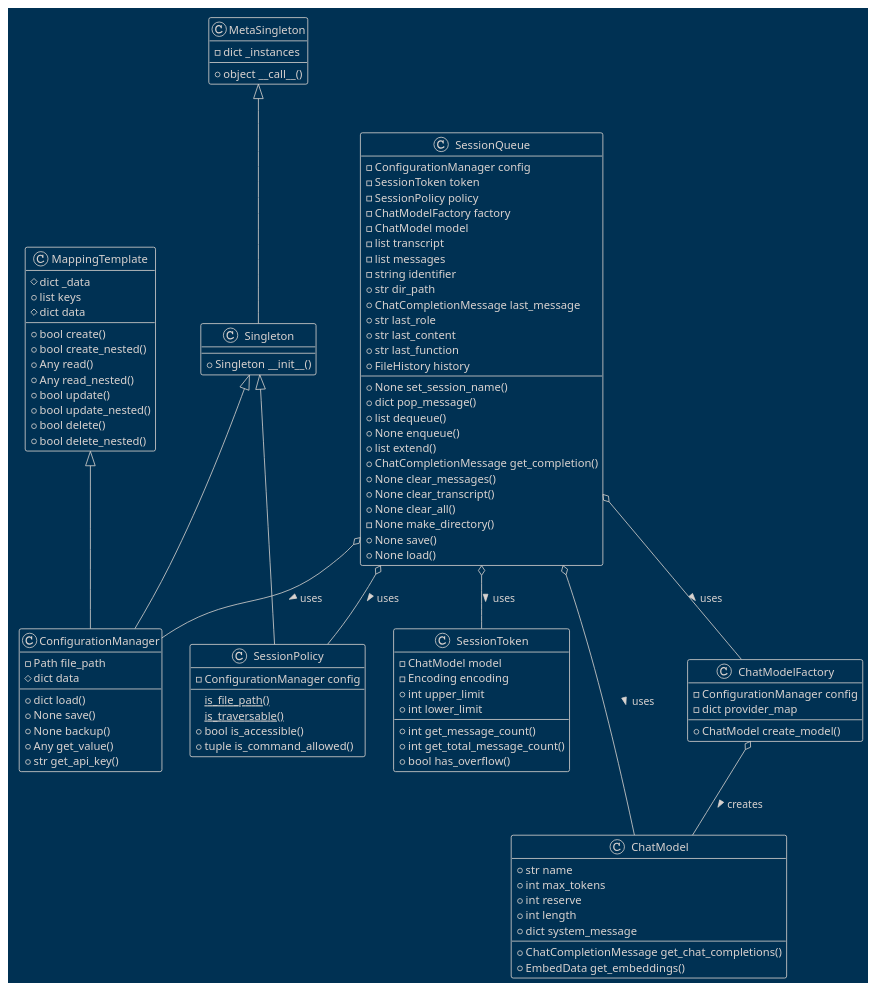
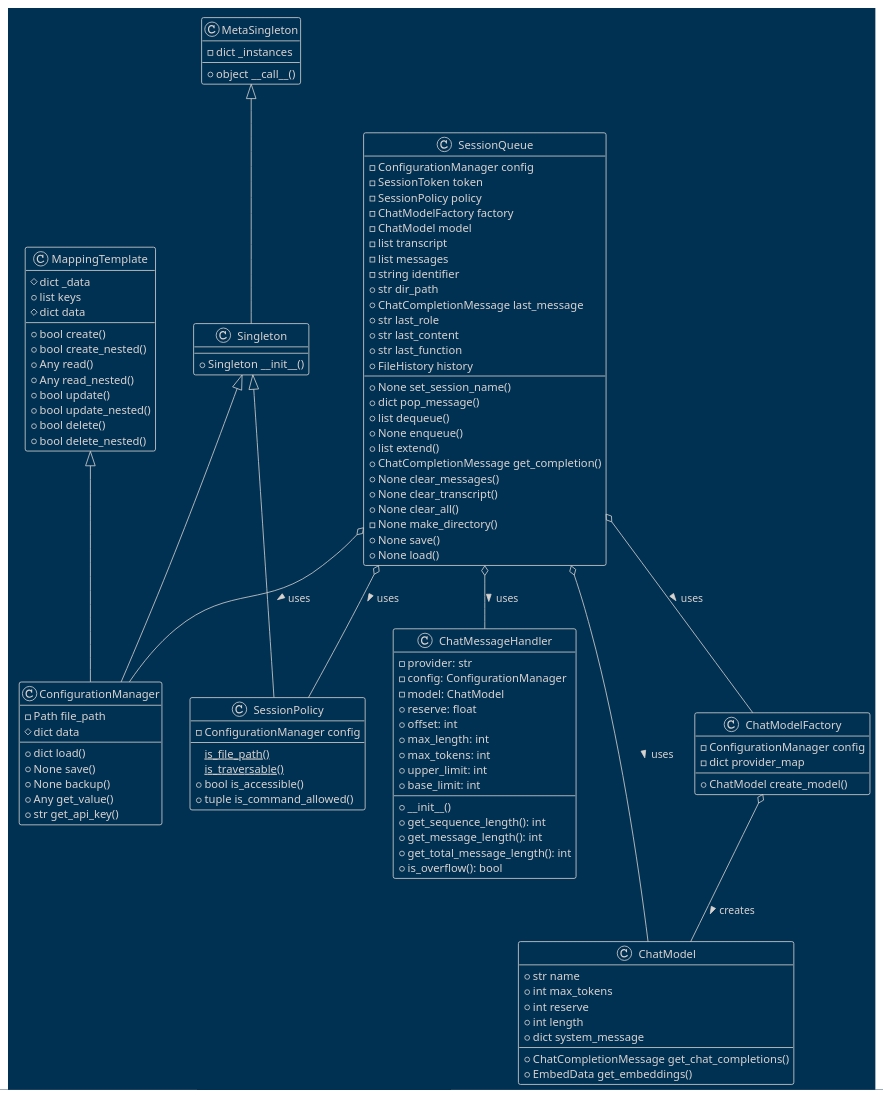
One commit to teleprint-me/py.gpt.prompt changed the diagram in docs/diagrams/plantuml/session_queue.puml. Above: the diagram before and after it, drawn with PlantUML. The commit also changed 2 other files, not shown here.

Commit message:
refactor: ChatMessageHandler class and add docstrings
- Renamed SessionToken to ChatMessageHandler for better clarity.
- Added docstrings to the class constructor and properties.
- Documented the purpose and arguments of each method.
- Updated UML diagram to reflect the changes.

```diff
--- a/docs/diagrams/plantuml/session_queue.puml
+++ b/docs/diagrams/plantuml/session_queue.puml
@@ -1,110 +1,117 @@
 @startuml SessionQueue
 !theme blueprint
 
 ' docs/diagrams/plantuml/session_queue.puml
 
 class SessionQueue {
   - ConfigurationManager config
   - SessionToken token
   - SessionPolicy policy
   - ChatModelFactory factory
   - ChatModel model
   - list transcript
   - list messages
   - string identifier
   + str dir_path
   + ChatCompletionMessage last_message
   + str last_role
   + str last_content
   + str last_function
   + FileHistory history
   + None set_session_name()
   + dict pop_message()
   + list dequeue()
   + None enqueue()
   + list extend()
   + ChatCompletionMessage get_completion()
   + None clear_messages()
   + None clear_transcript()
   + None clear_all()
   - None make_directory()
   + None save()
   + None load()
 }
 
 class MetaSingleton {
     - dict _instances
     + object __call__()
 }
 
 class Singleton extends MetaSingleton {
   + Singleton __init__()
 }
 
 class MappingTemplate {
   # dict _data
   + list keys
   # dict data
   + bool create()
   + bool create_nested()
   + Any read()
   + Any read_nested()
   + bool update()
   + bool update_nested()
   + bool delete()
   + bool delete_nested()
 }
 
 class ConfigurationManager extends Singleton, MappingTemplate {
   - Path file_path
   # dict data
   + dict load()
   + None save()
   + None backup()
   + Any get_value()
   + str get_api_key()
 }
 
-class SessionToken {
-  - ChatModel model
-  - Encoding encoding
-  + int upper_limit
-  + int lower_limit
-  + int get_message_count()
-  + int get_total_message_count()
-  + bool has_overflow()
+class ChatMessageHandler {
+  - provider: str
+  - config: ConfigurationManager
+  - model: ChatModel
+  + reserve: float
+  + offset: int
+  + max_length: int
+  + max_tokens: int
+  + upper_limit: int
+  + base_limit: int
+  + __init__()
+  + get_sequence_length(): int
+  + get_message_length(): int
+  + get_total_message_length(): int
+  + is_overflow(): bool
 }
 
 class SessionPolicy extends Singleton {
   - ConfigurationManager config
   {static} is_file_path()
   {static} is_traversable()
   + bool is_accessible()
   + tuple is_command_allowed()
 }
 
 class ChatModelFactory {
   - ConfigurationManager config
   - dict provider_map
   + ChatModel create_model()
 }
 
 class ChatModel {
   + str name
   + int max_tokens
   + int reserve
   + int length
   + dict system_message
   + ChatCompletionMessage get_chat_completions()
   + EmbedData get_embeddings()
 }
 
 ' Define relationships
 
 SessionQueue o-- ConfigurationManager : uses >
-SessionQueue o-- SessionToken : uses >
+SessionQueue o-- ChatMessageHandler : uses >
 SessionQueue o-- SessionPolicy : uses >
 SessionQueue o-- ChatModel : uses >
 ChatModelFactory o-- ChatModel : creates >
 SessionQueue o-- ChatModelFactory : uses >
 @enduml
```
